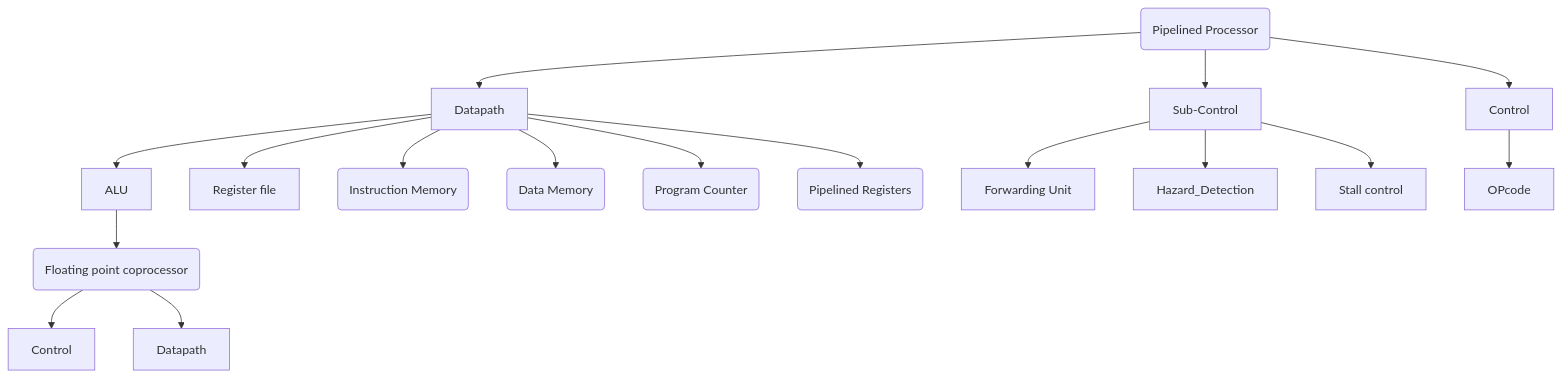
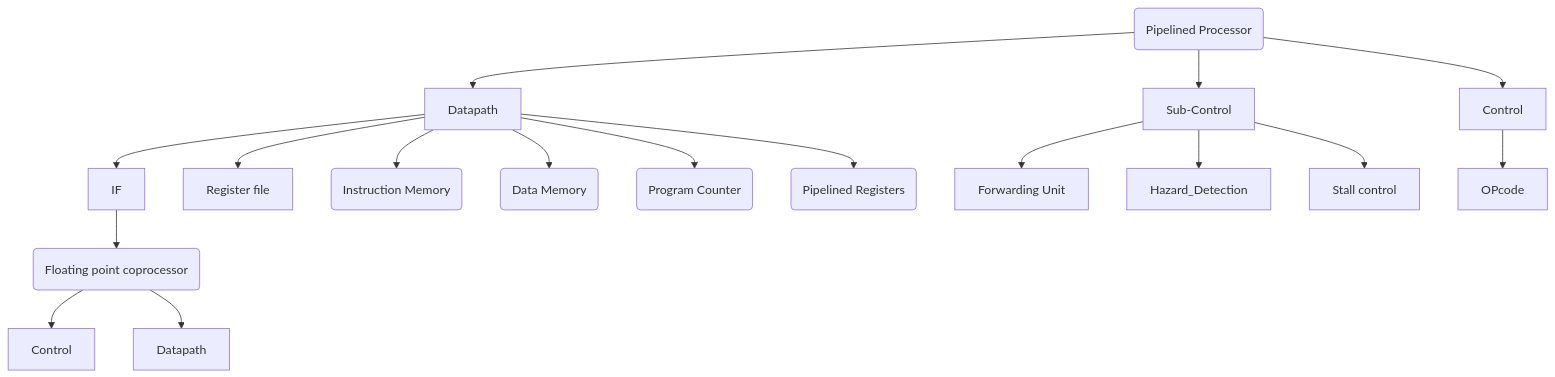
Before and after one commit to sicajc/VLSI_CAD_Project: the diagram in README.md, drawn with Mermaid. The commit also changed other lines of this file and 14 other files, not shown here.

````diff
--- a/README.md
+++ b/README.md
@@ -22,28 +26,28 @@
 ```mermaid
 
    graph TD
     PS(Pipelined Processor);
     ALU --> FP(Floating point coprocessor)
 
     FP --> FP_CTR[Control]
     FP --> E[Datapath]
 
     PS --> PS_CTR[Control]
     PS --> SPS_CTR[Sub-Control]
     PS --> PS_DP[Datapath]
 
     PS_DP --> REG[Register file]
-    PS_DP --> ALU
+    PS_DP --> ALU[IF]
     PS_DP --> IM(Instruction Memory)
     PS_DP --> DM(Data Memory)
     PS_DP --> PC(Program Counter)
     PS_DP --> PR(Pipelined Registers)
 
     SPS_CTR --> FW[Forwarding Unit]
     SPS_CTR --> HD[Hazard_Detection]
     SPS_CTR --> ST[Stall control]
 
 
     PS_CTR --> OP[OPcode]
 
 ```
````
